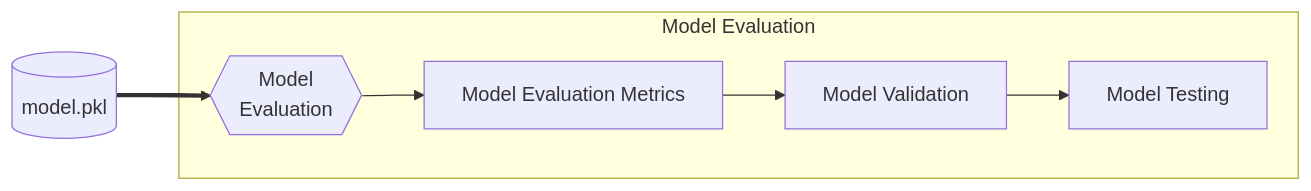
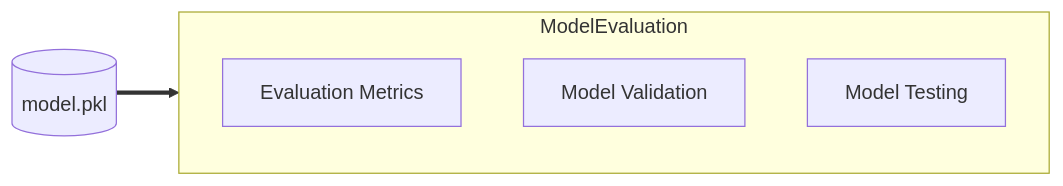
Before and after one commit to arv-anshul/ineuron-project-docs-template: the fourth of 6 diagrams in docs/markdowns/LLD.md, drawn with Mermaid. The commit also changed other lines of this file and 2 other files, not shown here.

Commit message:
Modify graphs & numbring

````diff
--- a/docs/markdowns/LLD.md
+++ b/docs/markdowns/LLD.md
@@ -104,11 +109,11 @@
 ```mermaid
 flowchart LR
 
-    A[(model.pkl)] ==> I{{Model\n Evaluation}}
+    A[(model.pkl)] ==> ModelEvaluation
 
-    subgraph Model Evaluation
-        I --> J[Model Evaluation Metrics]
-        J --> K[Model Validation]
-        K --> L[Model Testing]
+    subgraph ModelEvaluation
+        J[Evaluation Metrics]
+        K[Model Validation]
+        L[Model Testing]
     end
 ```
````
